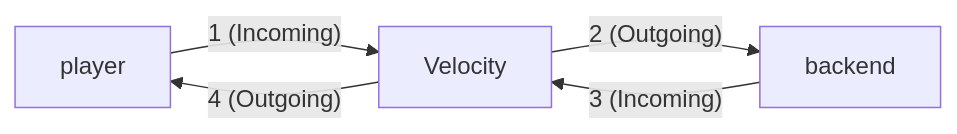
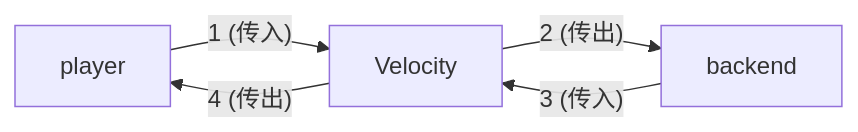
Before and after one commit to WhitePhosphor/PaperMC-Docs-CN: the first of 5 diagrams in docs-cn/velocity/dev/api/plugin-messaging.mdx, drawn with Mermaid. The commit also changed other lines of this file and 133 other files, not shown here.

````diff
--- a/docs-cn/velocity/dev/api/plugin-messaging.mdx
+++ b/docs-cn/velocity/dev/api/plugin-messaging.mdx
@@ -14,5 +14,5 @@
 ```mermaid
 flowchart LR
-    player -->|"1 (Incoming)"| Velocity -->|"2 (Outgoing)"| backend
-    backend -->|"3 (Incoming)"| Velocity -->|"4 (Outgoing)"| player
+    player -->|"1 (传入)"| Velocity -->|"2 (传出)"| backend
+    backend -->|"3 (传入)"| Velocity -->|"4 (传出)"| player
 ```
````
